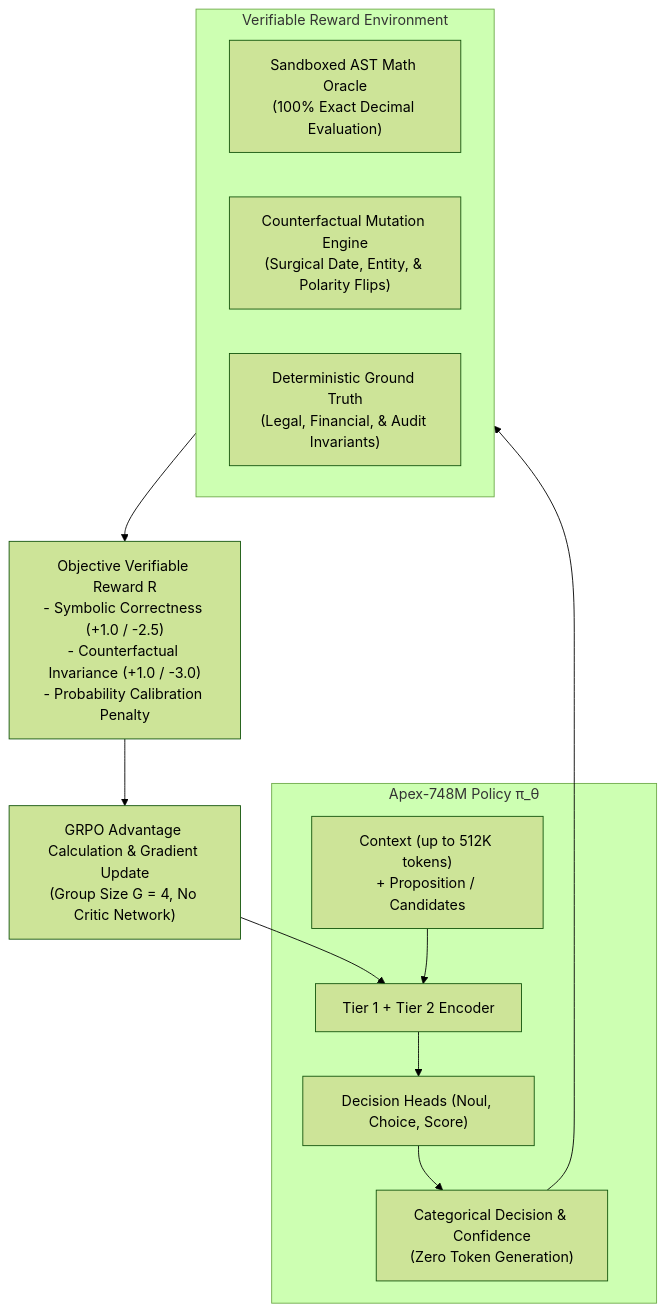
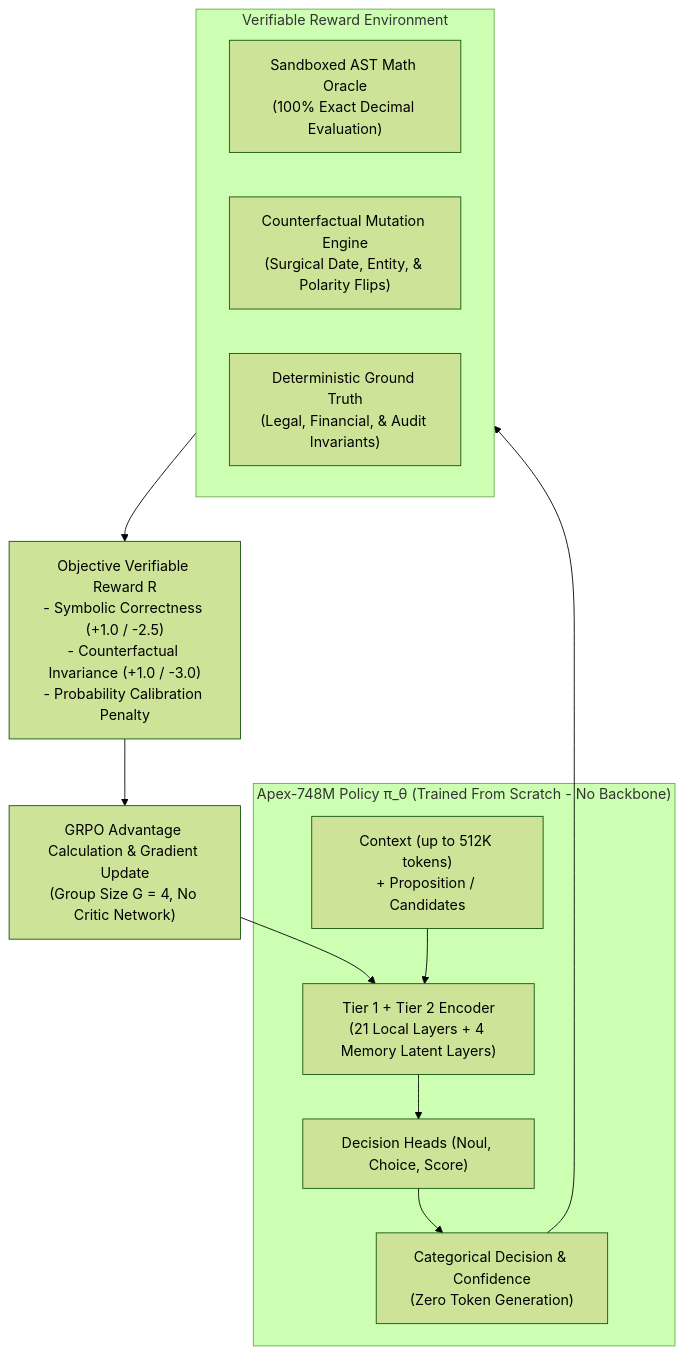
The diagram in docs/APEX_750M_SPECIFICATION.md (Raj1232309/apex-decision), drawn with Mermaid (forest theme) before and after one commit. The commit also changed other lines of this file and 9 other files, not shown here.

````diff
--- a/docs/APEX_750M_SPECIFICATION.md
+++ b/docs/APEX_750M_SPECIFICATION.md
@@ -318,19 +323,19 @@
 ```mermaid
 flowchart TD
     subgraph Env ["Verifiable Reward Environment"]
         AST["Sandboxed AST Math Oracle\n(100% Exact Decimal Evaluation)"]
         CF["Counterfactual Mutation Engine\n(Surgical Date, Entity, & Polarity Flips)"]
         Truth["Deterministic Ground Truth\n(Legal, Financial, & Audit Invariants)"]
     end
 
-    subgraph Agent ["Apex-748M Policy π_θ"]
-        Doc["Context (up to 512K tokens)\n+ Proposition / Candidates"] --> Enc["Tier 1 + Tier 2 Encoder"]
+    subgraph Agent ["Apex-748M Policy π_θ (Trained From Scratch - No Backbone)"]
+        Doc["Context (up to 512K tokens)\n+ Proposition / Candidates"] --> Enc["Tier 1 + Tier 2 Encoder\n(21 Local Layers + 4 Memory Latent Layers)"]
         Enc --> Heads["Decision Heads (Noul, Choice, Score)"]
         Heads --> Decision["Categorical Decision & Confidence\n(Zero Token Generation)"]
     end
 
     Decision --> Env
     Env --> Reward["Objective Verifiable Reward R\n- Symbolic Correctness (+1.0 / -2.5)\n- Counterfactual Invariance (+1.0 / -3.0)\n- Probability Calibration Penalty"]
     Reward --> PolicyGrad["GRPO Advantage Calculation & Gradient Update\n(Group Size G = 4, No Critic Network)"]
     PolicyGrad --> Enc
 ```
````
